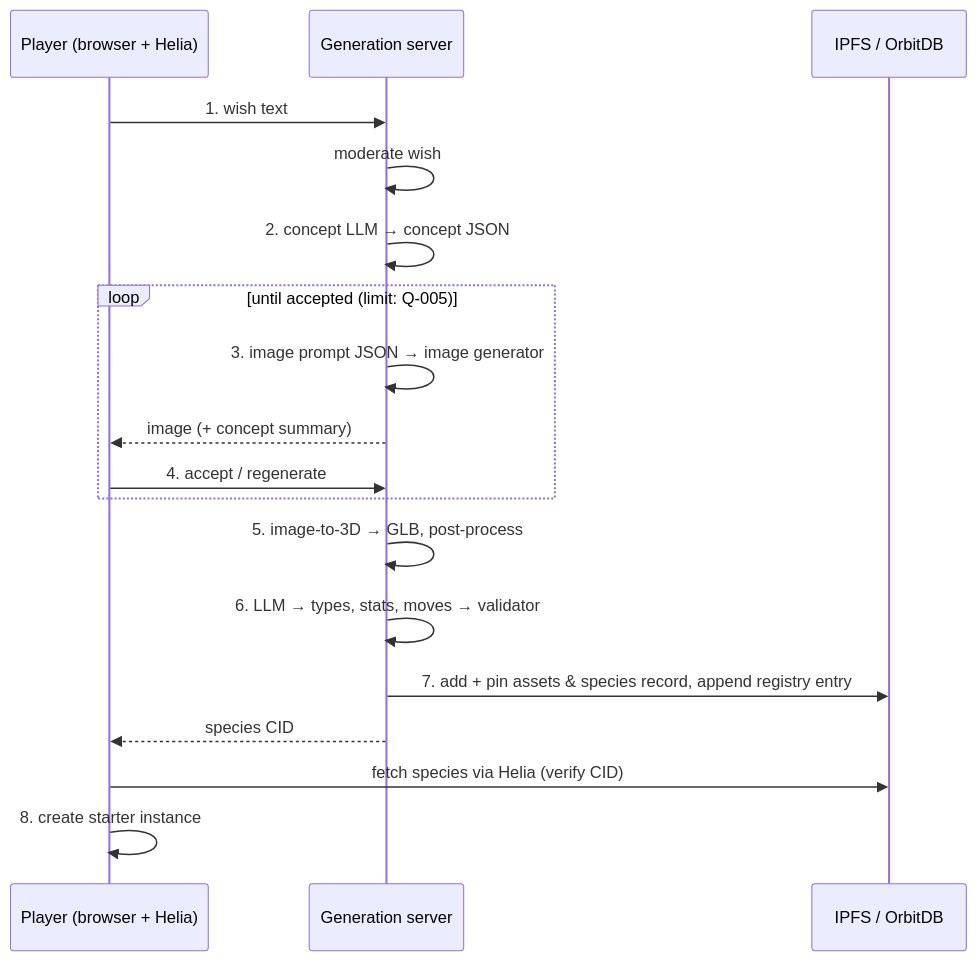
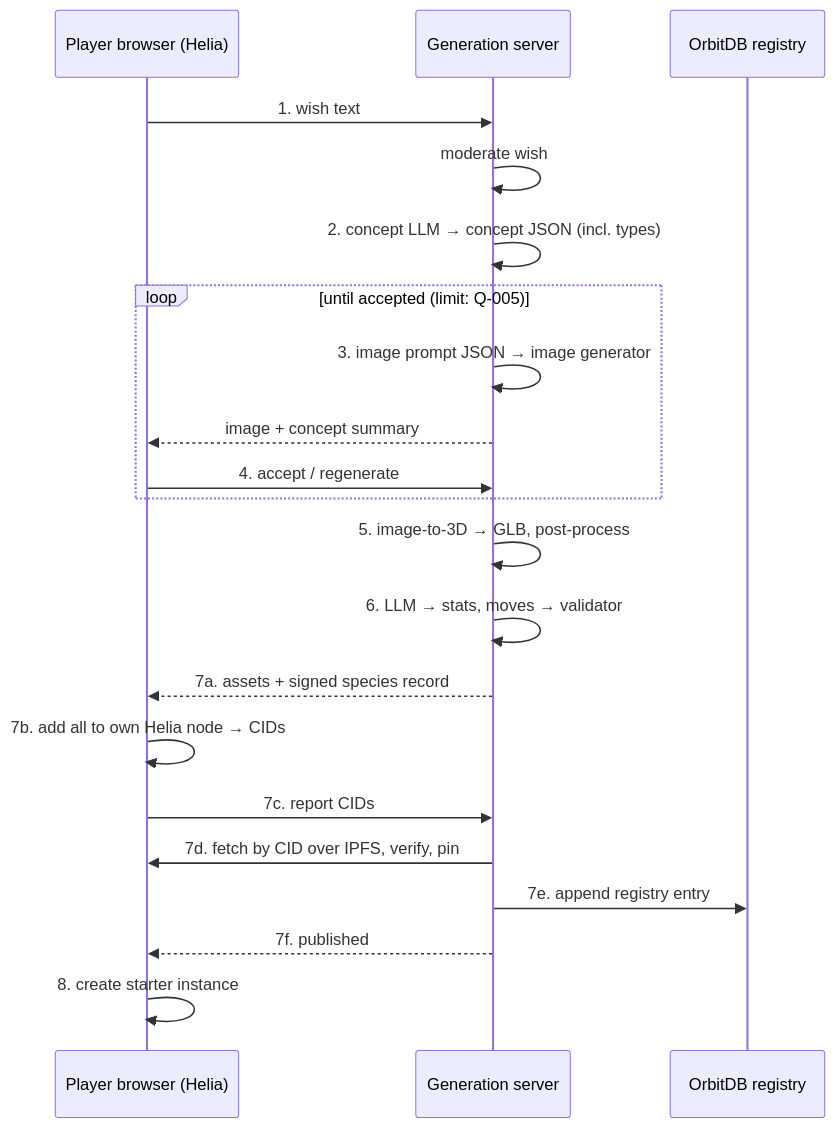
One commit to markusklock/peerling-spec changed the diagram in wiki/peerlings/creation-pipeline.md. Above: the diagram before and after it, drawn with Mermaid. The commit also changed other lines of this file and 31 other files, not shown here.

First line of the commit message:
Design session: answers round 1 (registry, publishing, types, stats, multiplayer)

````diff
--- a/wiki/peerlings/creation-pipeline.md
+++ b/wiki/peerlings/creation-pipeline.md
@@ -52,20 +69,23 @@
 ```mermaid
 sequenceDiagram
-  participant P as Player (browser + Helia)
+  participant P as Player browser (Helia)
   participant S as Generation server
-  participant I as IPFS / OrbitDB
+  participant R as OrbitDB registry
   P->>S: 1. wish text
   S->>S: moderate wish
-  S->>S: 2. concept LLM → concept JSON
+  S->>S: 2. concept LLM → concept JSON (incl. types)
   loop until accepted (limit: Q-005)
     S->>S: 3. image prompt JSON → image generator
-    S-->>P: image (+ concept summary)
+    S-->>P: image + concept summary
     P->>S: 4. accept / regenerate
   end
   S->>S: 5. image-to-3D → GLB, post-process
-  S->>S: 6. LLM → types, stats, moves → validator
-  S->>I: 7. add + pin assets & species record, append registry entry
-  S-->>P: species CID
-  P->>I: fetch species via Helia (verify CID)
+  S->>S: 6. LLM → stats, moves → validator
+  S-->>P: 7a. assets + signed species record
+  P->>P: 7b. add all to own Helia node → CIDs
+  P->>S: 7c. report CIDs
+  S->>P: 7d. fetch by CID over IPFS, verify, pin
+  S->>R: 7e. append registry entry
+  S-->>P: 7f. published
   P->>P: 8. create starter instance
 ```
````
